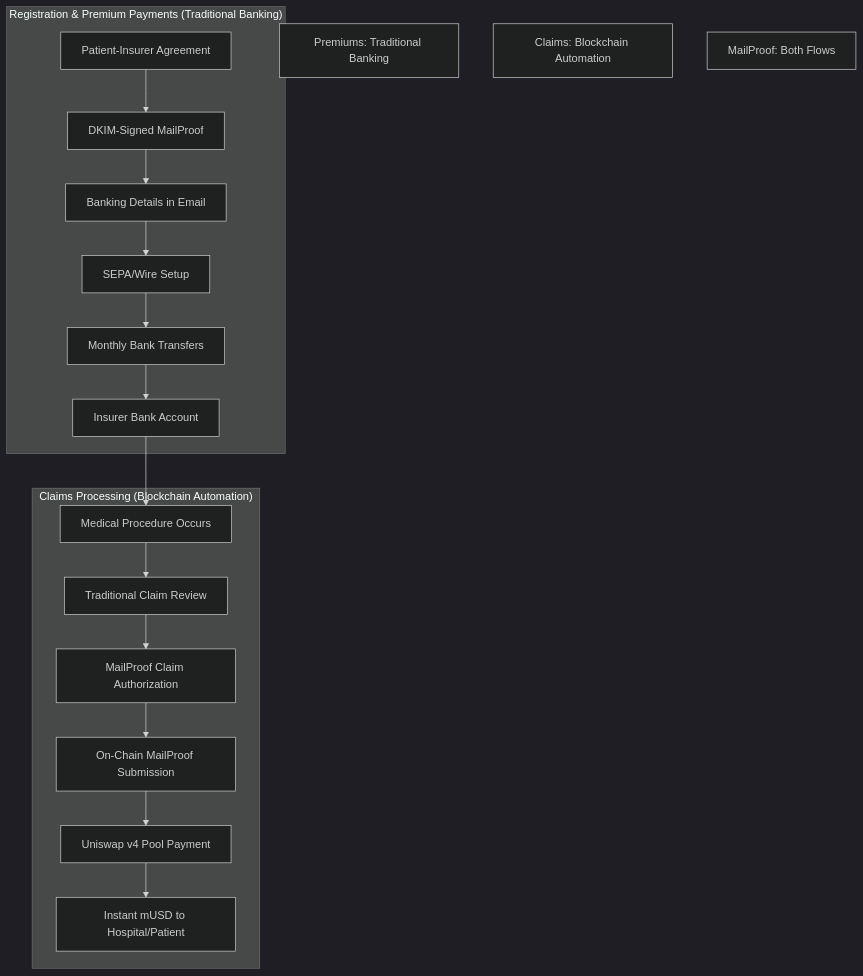
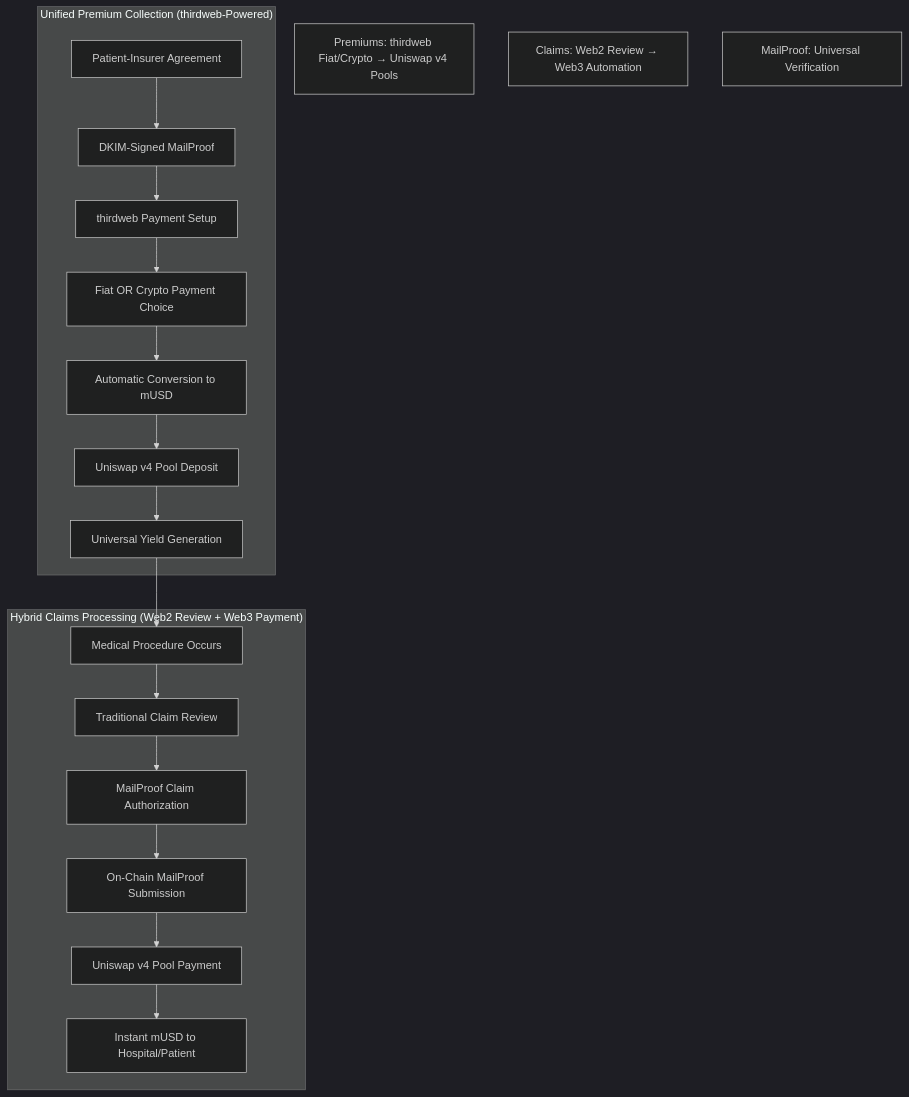
One commit to ppezzull/zkMed changed the third of 18 diagrams in memory-bank/systemPatterns.md. Above: the diagram before and after it, drawn with Mermaid (dark theme). The commit also changed other lines of this file and 1 other file, not shown here.

Commit message:
New memory-bank after a few realizations pt.5

````diff
--- a/memory-bank/systemPatterns.md
+++ b/memory-bank/systemPatterns.md
@@ -102,23 +102,24 @@
 ```mermaid
 graph TB
-    subgraph "Registration & Premium Payments (Traditional Banking)"
+    subgraph "Unified Premium Collection (thirdweb-Powered)"
         A[Patient-Insurer Agreement] --> B[DKIM-Signed MailProof]
-        B --> C[Banking Details in Email]
-        C --> D[SEPA/Wire Setup]
-        D --> E[Monthly Bank Transfers]
-        E --> F[Insurer Bank Account]
+        B --> C[thirdweb Payment Setup]
+        C --> D[Fiat OR Crypto Payment Choice]
+        D --> E[Automatic Conversion to mUSD]
+        E --> F[Uniswap v4 Pool Deposit]
+        F --> G[Universal Yield Generation]
     end
     
-    subgraph "Claims Processing (Blockchain Automation)"
-        F --> G[Medical Procedure Occurs]
-        G --> H[Traditional Claim Review]
-        H --> I[MailProof Claim Authorization]
-        I --> J[On-Chain MailProof Submission]
-        J --> K[Uniswap v4 Pool Payment]
-        K --> L[Instant mUSD to Hospital/Patient]
+    subgraph "Hybrid Claims Processing (Web2 Review + Web3 Payment)"
+        G --> H[Medical Procedure Occurs]
+        H --> I[Traditional Claim Review]
+        I --> J[MailProof Claim Authorization]
+        J --> K[On-Chain MailProof Submission]
+        K --> L[Uniswap v4 Pool Payment]
+        L --> M[Instant mUSD to Hospital/Patient]
     end
     
-    Note1[Premiums: Traditional Banking]
-    Note2[Claims: Blockchain Automation]
-    Note3[MailProof: Both Flows]
+    Note1[Premiums: thirdweb Fiat/Crypto → Uniswap v4 Pools]
+    Note2[Claims: Web2 Review → Web3 Automation]
+    Note3[MailProof: Universal Verification]
 ```
````
